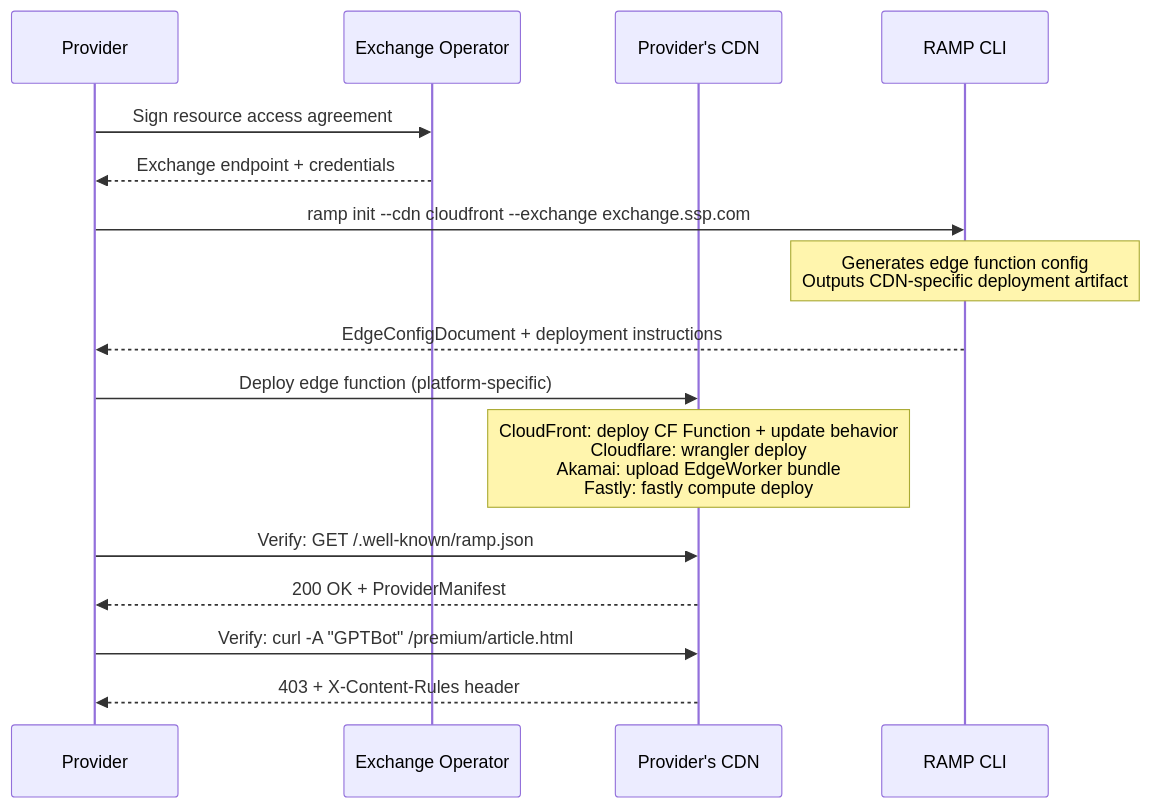
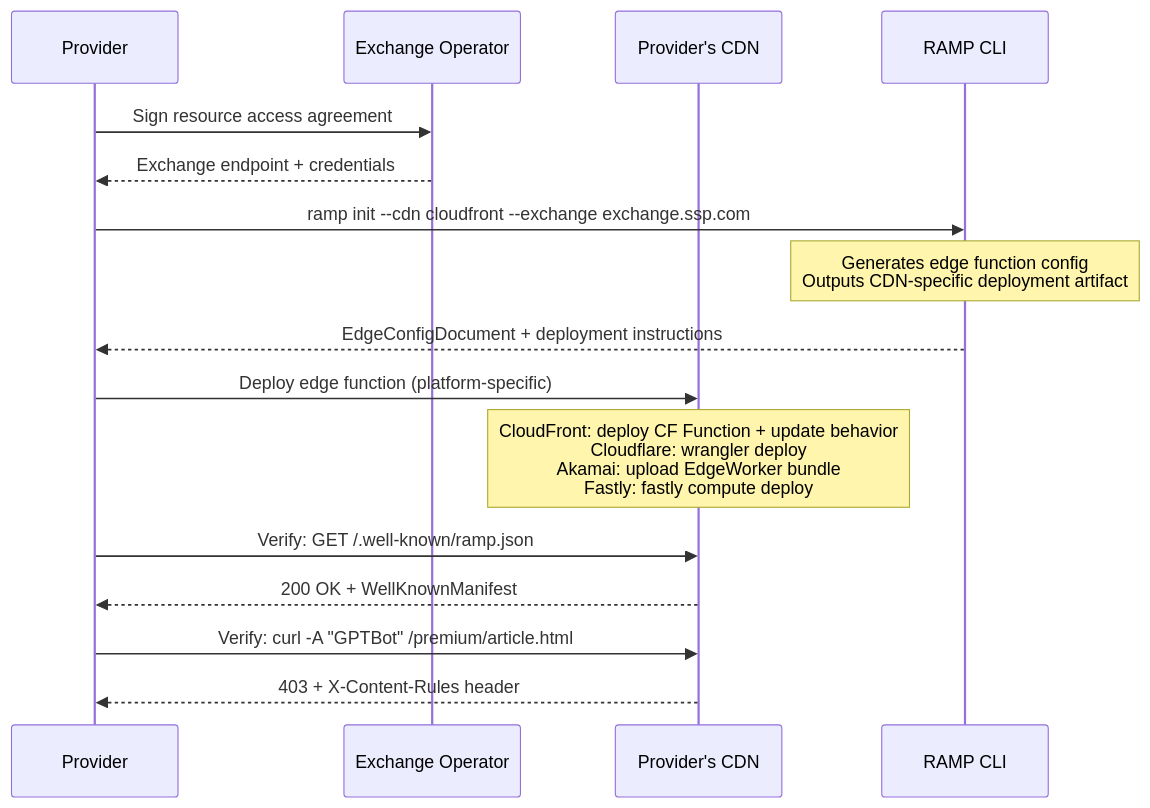
Before and after one commit to RAMP-Protocol/protocol: the first of 3 diagrams in website/src/content/docs/components/edge-function/deployment.mdx, drawn with Mermaid. The commit also changed other lines of this file and 49 other files, not shown here.

First line of the commit message:
docs(website): sync site to unified well-known endpoint + marketplace→exchange rename

````diff
--- a/website/src/content/docs/components/edge-function/deployment.mdx
+++ b/website/src/content/docs/components/edge-function/deployment.mdx
@@ -10,24 +10,24 @@
 ```mermaid
 sequenceDiagram
     participant Provider as Provider
     participant MO as Exchange Operator
     participant CDN as Provider's CDN
     participant RAMP as RAMP CLI
 
     Provider->>MO: Sign resource access agreement
     MO-->>Provider: Exchange endpoint + credentials
 
     Provider->>RAMP: ramp init --cdn cloudfront --exchange exchange.ssp.com
     Note over RAMP: Generates edge function config<br/>Outputs CDN-specific deployment artifact
 
     RAMP-->>Provider: EdgeConfigDocument + deployment instructions
 
     Provider->>CDN: Deploy edge function (platform-specific)
     Note over CDN: CloudFront: deploy CF Function + update behavior<br/>Cloudflare: wrangler deploy<br/>Akamai: upload EdgeWorker bundle<br/>Fastly: fastly compute deploy
 
     Provider->>CDN: Verify: GET /.well-known/ramp.json
-    CDN-->>Provider: 200 OK + ProviderManifest
+    CDN-->>Provider: 200 OK + WellKnownManifest
 
     Provider->>CDN: Verify: curl -A "GPTBot" /premium/article.html
     CDN-->>Provider: 403 + X-Content-Rules header
 ```
````
